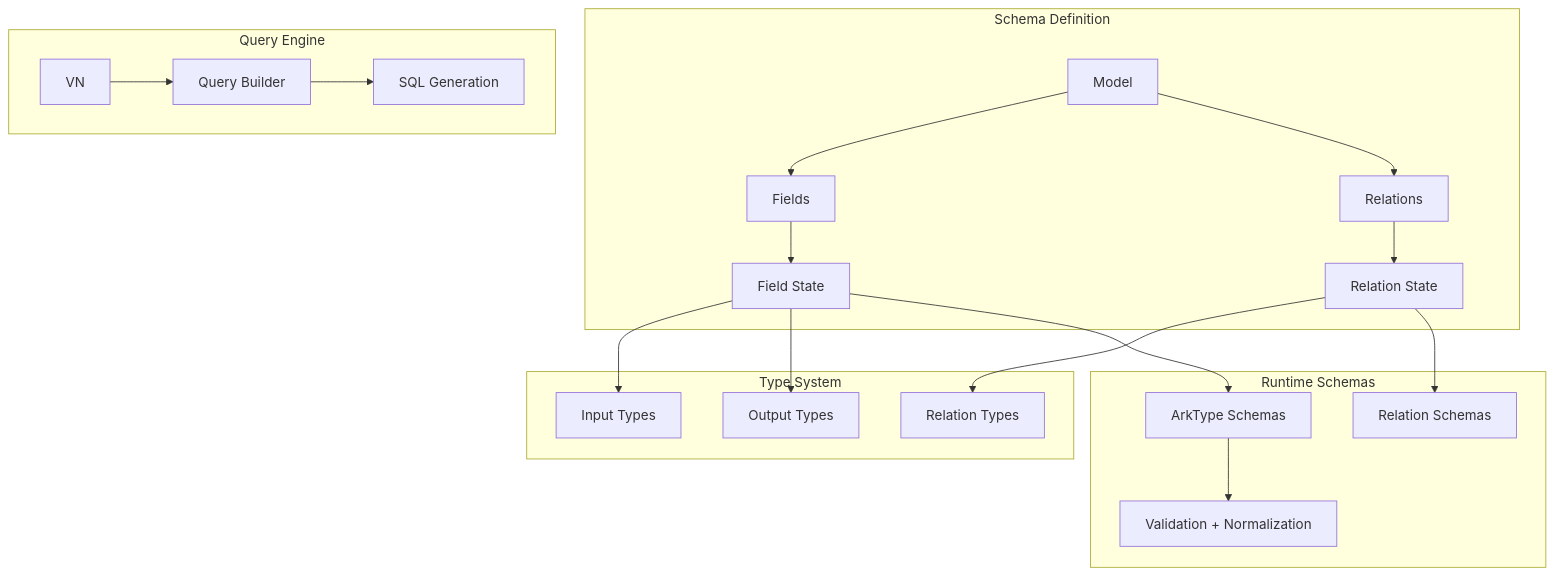
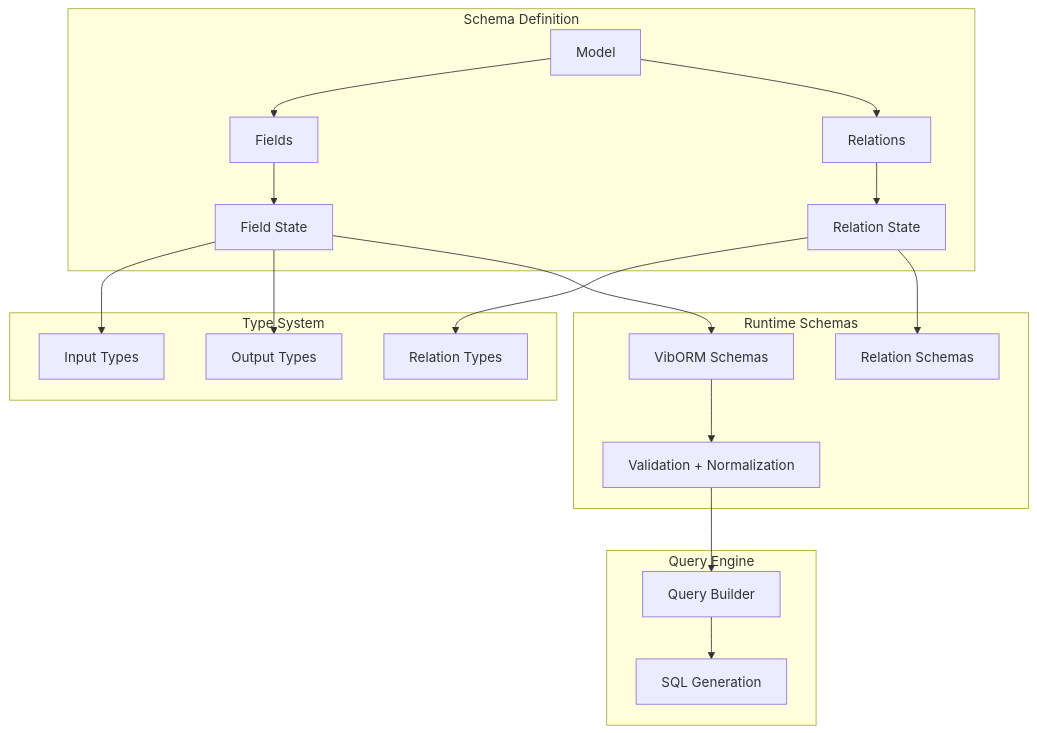
The diagram in docs/content/docs/internals/index.mdx (beynar/viborm), drawn with Mermaid before and after one commit. The commit also changed other lines of this file and 66 other files, not shown here.

````diff
--- a/docs/content/docs/internals/index.mdx
+++ b/docs/content/docs/internals/index.mdx
@@ -65,26 +66,26 @@
 ```mermaid
 graph TB
     subgraph "Schema Definition"
         M[Model] --> F[Fields]
         M --> R[Relations]
         F --> FS[Field State]
         R --> RS[Relation State]
     end
 
     subgraph "Type System"
         FS --> IT[Input Types]
         FS --> OT[Output Types]
         RS --> RT[Relation Types]
     end
 
     subgraph "Runtime Schemas"
-        FS --> AS[ArkType Schemas]
-        RS --> ARS[Relation Schemas]
-        AS --> VS[Validation + Normalization]
+        FS --> VS[VibORM Schemas]
+        RS --> VRS[Relation Schemas]
+        VS --> VN[Validation + Normalization]
     end
 
     subgraph "Query Engine"
         VN --> QE[Query Builder]
         QE --> SQL[SQL Generation]
     end
 ```
````
